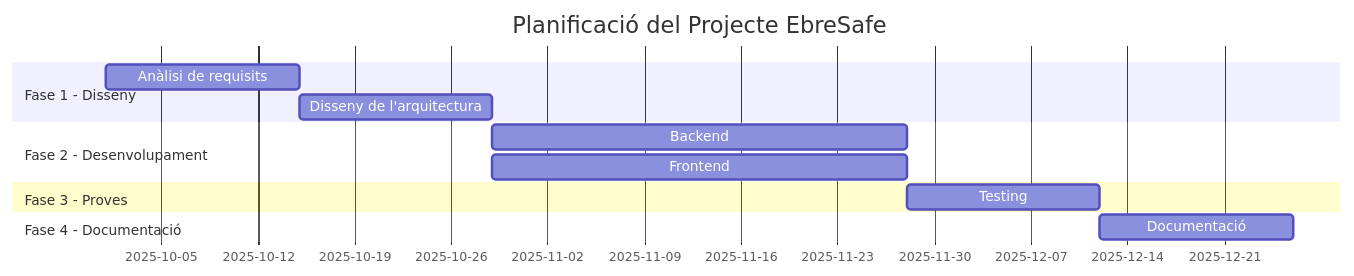
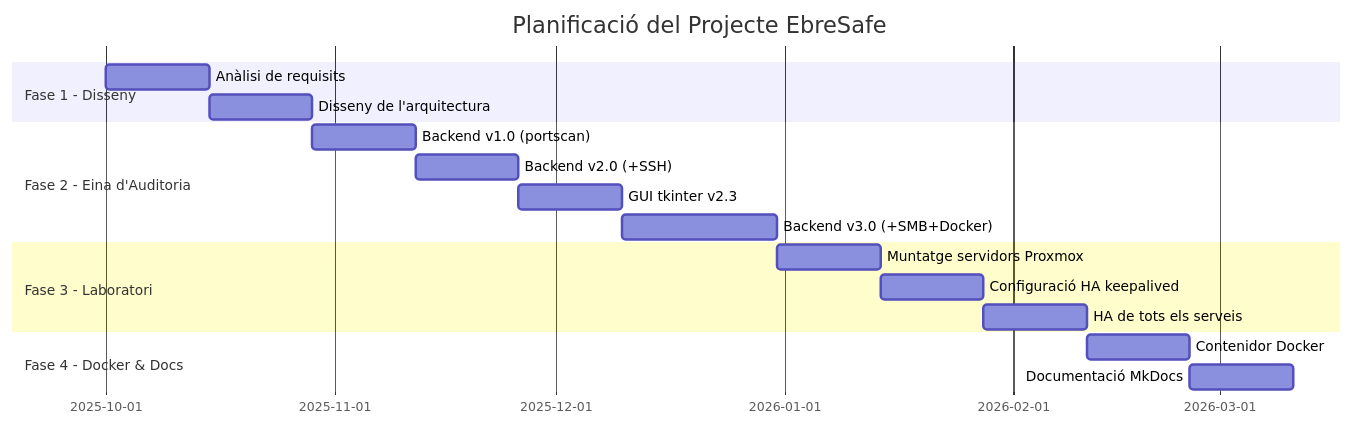
Before and after one commit to jordicerv/projecte_ebresafe: the second of 2 diagrams in docs/presentacio/objectius.md, drawn with Mermaid. The commit also changed other lines of this file and 118 other files, not shown here.

Commit message:
Documentació completa: laboratori, HA, eina d'auditoria, captures

````diff
--- a/docs/presentacio/objectius.md
+++ b/docs/presentacio/objectius.md
@@ -34,15 +57,20 @@
 ```mermaid
 gantt
     title Planificació del Projecte EbreSafe
     dateFormat  YYYY-MM-DD
     section Fase 1 - Disseny
-    Anàlisi de requisits      :a1, 2025-10-01, 14d
-    Disseny de l'arquitectura :a2, after a1, 14d
-    section Fase 2 - Desenvolupament
-    Backend                   :b1, after a2, 30d
-    Frontend                  :b2, after a2, 30d
-    section Fase 3 - Proves
-    Testing                   :c1, after b1, 14d
-    section Fase 4 - Documentació
-    Documentació              :d1, after c1, 14d
+    Anàlisi de requisits           :a1, 2025-10-01, 14d
+    Disseny de l'arquitectura      :a2, after a1, 14d
+    section Fase 2 - Eina d'Auditoria
+    Backend v1.0 (portscan)        :b1, after a2, 14d
+    Backend v2.0 (+SSH)            :b2, after b1, 14d
+    GUI tkinter v2.3               :b3, after b2, 14d
+    Backend v3.0 (+SMB+Docker)     :b4, after b3, 21d
+    section Fase 3 - Laboratori
+    Muntatge servidors Proxmox     :c1, after b4, 14d
+    Configuració HA keepalived     :c2, after c1, 14d
+    HA de tots els serveis         :c3, after c2, 14d
+    section Fase 4 - Docker & Docs
+    Contenidor Docker              :d1, after c3, 14d
+    Documentació MkDocs            :d2, after d1, 14d
 ```
````
